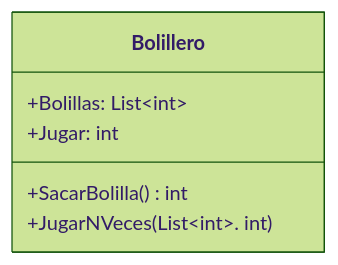
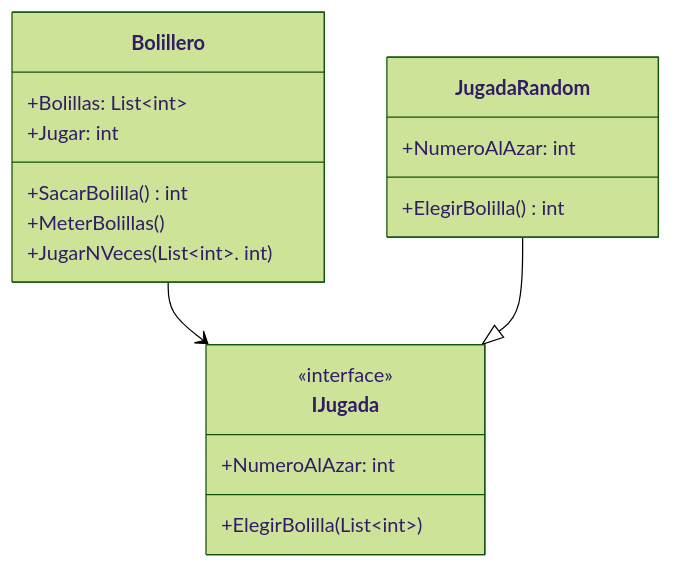
Before and after one commit to SaraCastro124/Tp-bolillero: the diagram in docs/README.md, drawn with Mermaid (forest theme). The commit also changed 2 other files, not shown here.

````diff
--- a/docs/README.md
+++ b/docs/README.md
@@ -3,10 +3,22 @@
 ```mermaid
 classDiagram
     class Bolillero{
         +Bolillas: List~int~
         +Jugar: int
         +SacarBolilla() int
+        +MeterBolillas() 
         +JugarNVeces(List~int~. int) 
     }
+    class IJugada{
+        <<interface>>
+        +NumeroAlAzar: int
+        +ElegirBolilla(List~int~)
+    }
+    class JugadaRandom{
+        +NumeroAlAzar: int
+        +ElegirBolilla() int
+    }
+    Bolillero --> IJugada
+    JugadaRandom --|> IJugada
     
 ```
````
